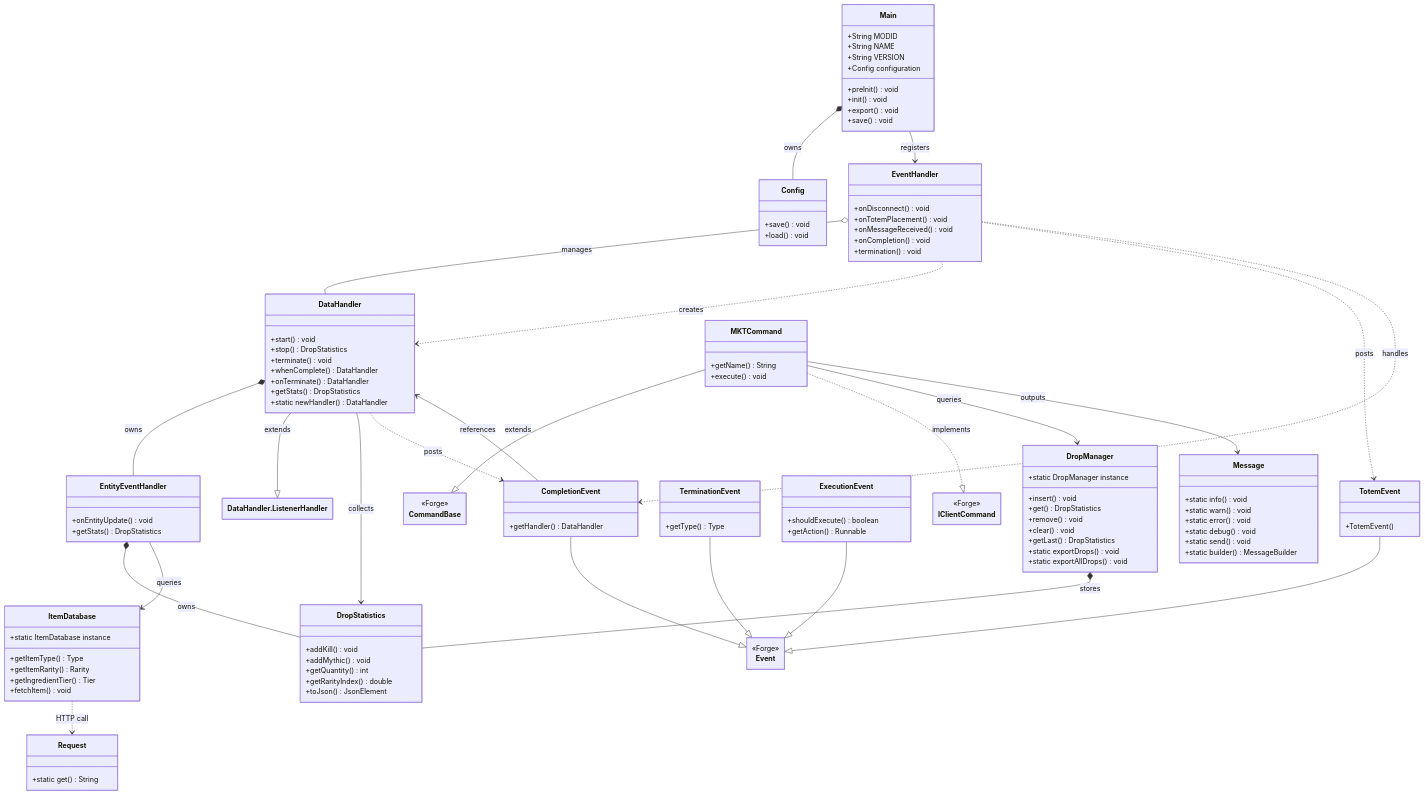
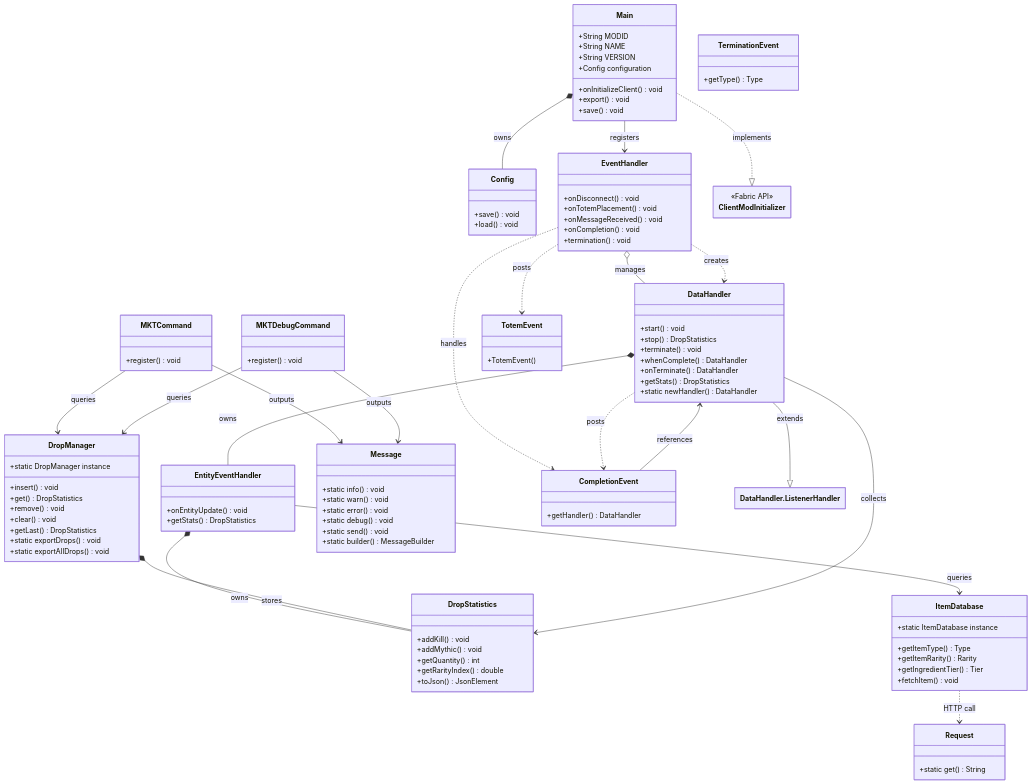
One commit to FAZuH/MobKillTrackerv3 changed the diagram in docs/diagrams/architecture-class.mmd. Above: the diagram before and after it, drawn with Mermaid. The commit also changed 18 other files, not shown here.

```diff
--- a/docs/diagrams/architecture-class.mmd
+++ b/docs/diagrams/architecture-class.mmd
@@ -1,147 +1,133 @@
 ---
 config:
   class:
     hideEmptyMembersBox: true
 ---
 classDiagram
     class Main {
         +String MODID
         +String NAME
         +String VERSION
         +Config configuration
-        +preInit() void
-        +init() void
+        +onInitializeClient() void
         +export() void
         +save() void
     }
 
     class Config {
         +save() void
         +load() void
     }
 
     class EventHandler {
         +onDisconnect() void
         +onTotemPlacement() void
         +onMessageReceived() void
         +onCompletion() void
         +termination() void
     }
 
     class EntityEventHandler {
         +onEntityUpdate() void
         +getStats() DropStatistics
     }
 
     class DataHandler {
         +start() void
         +stop() DropStatistics
         +terminate() void
         +whenComplete() DataHandler
         +onTerminate() DataHandler
         +getStats() DropStatistics
         +static newHandler() DataHandler
     }
 
     class DropStatistics {
         +addKill() void
         +addMythic() void
         +getQuantity() int
         +getRarityIndex() double
         +toJson() JsonElement
     }
 
     class DropManager {
         +static DropManager instance
         +insert() void
         +get() DropStatistics
         +remove() void
         +clear() void
         +getLast() DropStatistics
         +static exportDrops() void
         +static exportAllDrops() void
     }
 
     class ItemDatabase {
         +static ItemDatabase instance
         +getItemType() Type
         +getItemRarity() Rarity
         +getIngredientTier() Tier
         +fetchItem() void
     }
 
     class MKTCommand {
-        +getName() String
-        +execute() void
+        +register() void
+    }
+
+    class MKTDebugCommand {
+        +register() void
     }
 
     class Message {
         +static info() void
         +static warn() void
         +static error() void
         +static debug() void
         +static send() void
         +static builder() MessageBuilder
     }
 
     class TotemEvent {
         +TotemEvent()
     }
 
     class CompletionEvent {
         +getHandler() DataHandler
     }
 
     class TerminationEvent {
         +getType() Type
     }
 
-    class ExecutionEvent {
-        +shouldExecute() boolean
-        +getAction() Runnable
-    }
-
-    class Event {
-        <<Forge>>
-    }
-
-    class CommandBase {
-        <<Forge>>
-    }
-
-    class IClientCommand {
-        <<Forge>>
+    class ClientModInitializer {
+        <<Fabric API>>
     }
 
     class Request {
         +static get() String
     }
 
     Main *-- Config : owns
     DataHandler *-- EntityEventHandler : owns
     EntityEventHandler *-- DropStatistics : owns
     DropManager *-- DropStatistics : stores
 
     EventHandler o-- DataHandler : manages
 
     DataHandler --|> DataHandler.ListenerHandler : extends
-    TotemEvent --|> Event
-    CompletionEvent --|> Event
-    TerminationEvent --|> Event
-    ExecutionEvent --|> Event
-    MKTCommand --|> CommandBase : extends
 
-    MKTCommand ..|> IClientCommand : implements
+    Main ..|> ClientModInitializer : implements
 
     Main --> EventHandler : registers
     EntityEventHandler --> ItemDatabase : queries
     DataHandler --> DropStatistics : collects
     MKTCommand --> DropManager : queries
     MKTCommand --> Message : outputs
+    MKTDebugCommand --> DropManager : queries
+    MKTDebugCommand --> Message : outputs
     CompletionEvent --> DataHandler : references
 
     EventHandler ..> DataHandler : creates
     EventHandler ..> TotemEvent : posts
     EventHandler ..> CompletionEvent : handles
     DataHandler ..> CompletionEvent : posts
     ItemDatabase ..> Request : HTTP call
```
